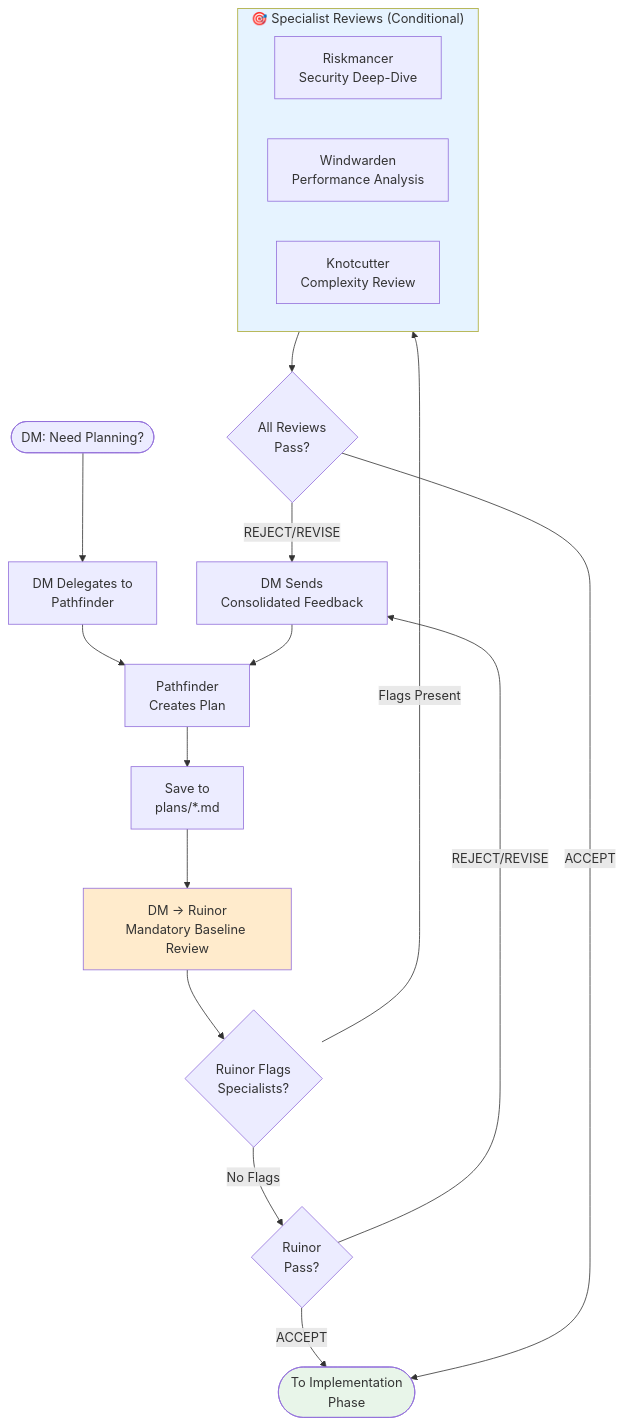
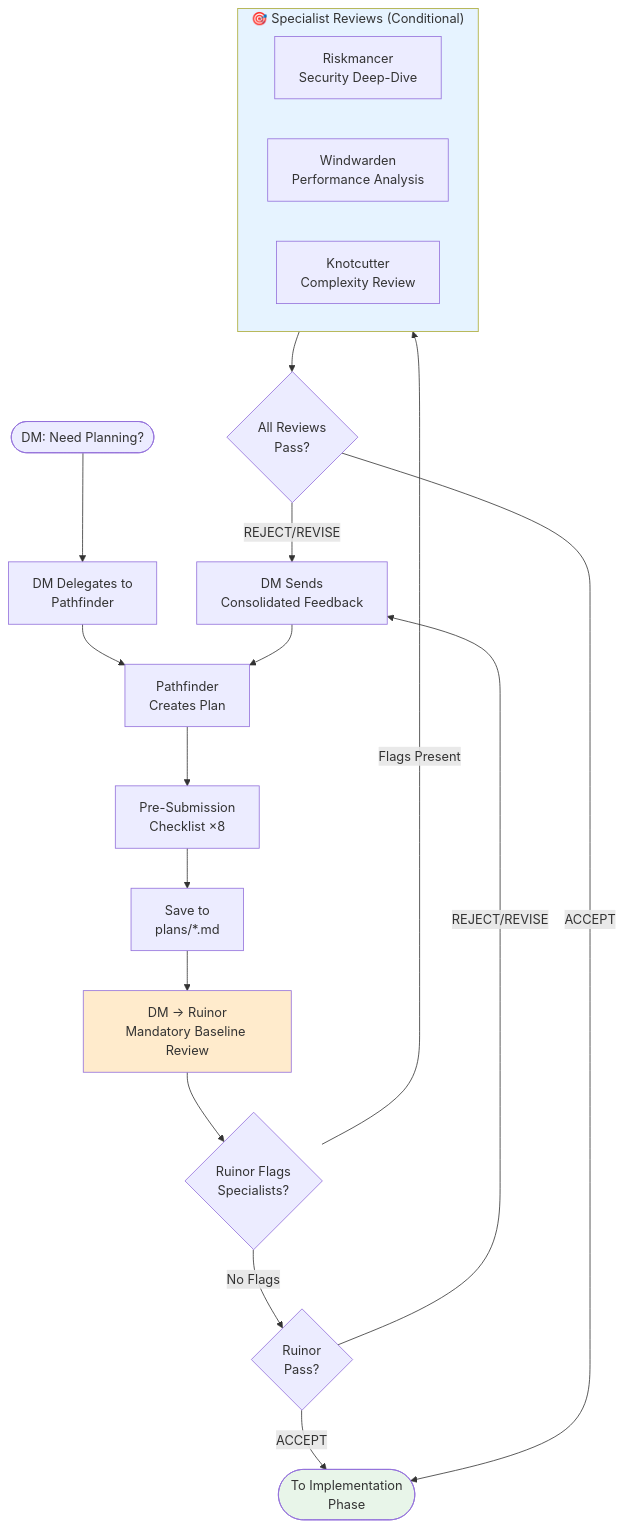
The second of 3 diagrams in README.md (alkofu/ai-tpk), drawn with Mermaid before and after one commit. The commit also changed 2 other files, not shown here.

Commit message:
feat(pathfinder): add pre-submission self-screening checklist (#74)
Add an 8-question checklist between plan generation and saving so
Pathfinder catches common Ruinor review failure points before
submission, reducing recurring plan revision loops.

````diff
--- a/README.md
+++ b/README.md
@@ -141,30 +141,31 @@
 ```mermaid
 flowchart TD
     Start([DM: Need Planning?]) --> DelegateP[DM Delegates to<br/>Pathfinder]
     DelegateP --> PF[Pathfinder<br/>Creates Plan]
-    PF --> SavePlan[Save to<br/>plans/*.md]
+    PF --> Checklist[Pre-Submission<br/>Checklist ×8]
+    Checklist --> SavePlan[Save to<br/>plans/*.md]
     SavePlan --> MandatoryR[DM → Ruinor<br/>Mandatory Baseline Review]
 
     MandatoryR --> Decision{Ruinor Flags<br/>Specialists?}
 
     Decision -->|No Flags| Assess1{Ruinor<br/>Pass?}
     Decision -->|Flags Present| Specialists
 
     subgraph Specialists["🎯 Specialist Reviews (Conditional)"]
         RS1[Riskmancer<br/>Security Deep-Dive]
         W1[Windwarden<br/>Performance Analysis]
         K1[Knotcutter<br/>Complexity Review]
     end
 
     Specialists --> Assess2{All Reviews<br/>Pass?}
 
     Assess1 -->|REJECT/REVISE| Feedback[DM Sends<br/>Consolidated Feedback]
     Assess2 -->|REJECT/REVISE| Feedback
     Feedback --> PF
     Assess1 -->|ACCEPT| Next([To Implementation<br/>Phase])
     Assess2 -->|ACCEPT| Next
 
     style MandatoryR fill:#ffebcc
     style Specialists fill:#e6f3ff
     style Next fill:#e8f5e9
 ```
````
